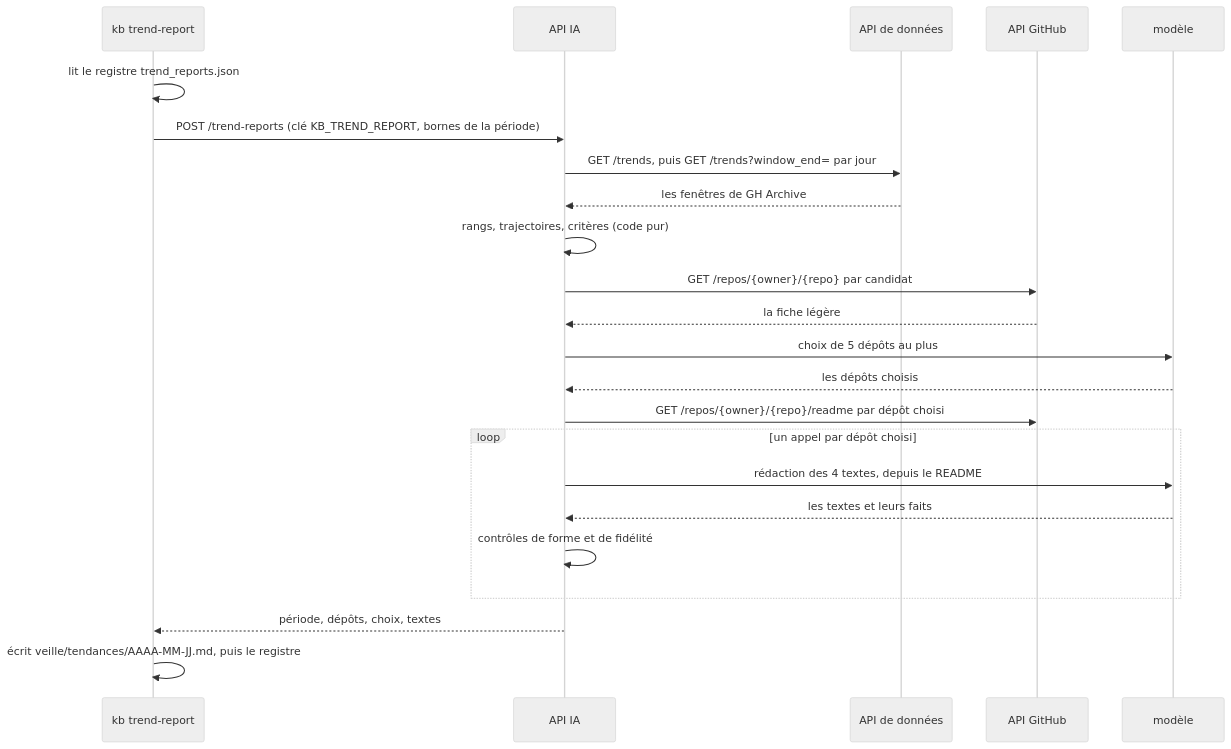
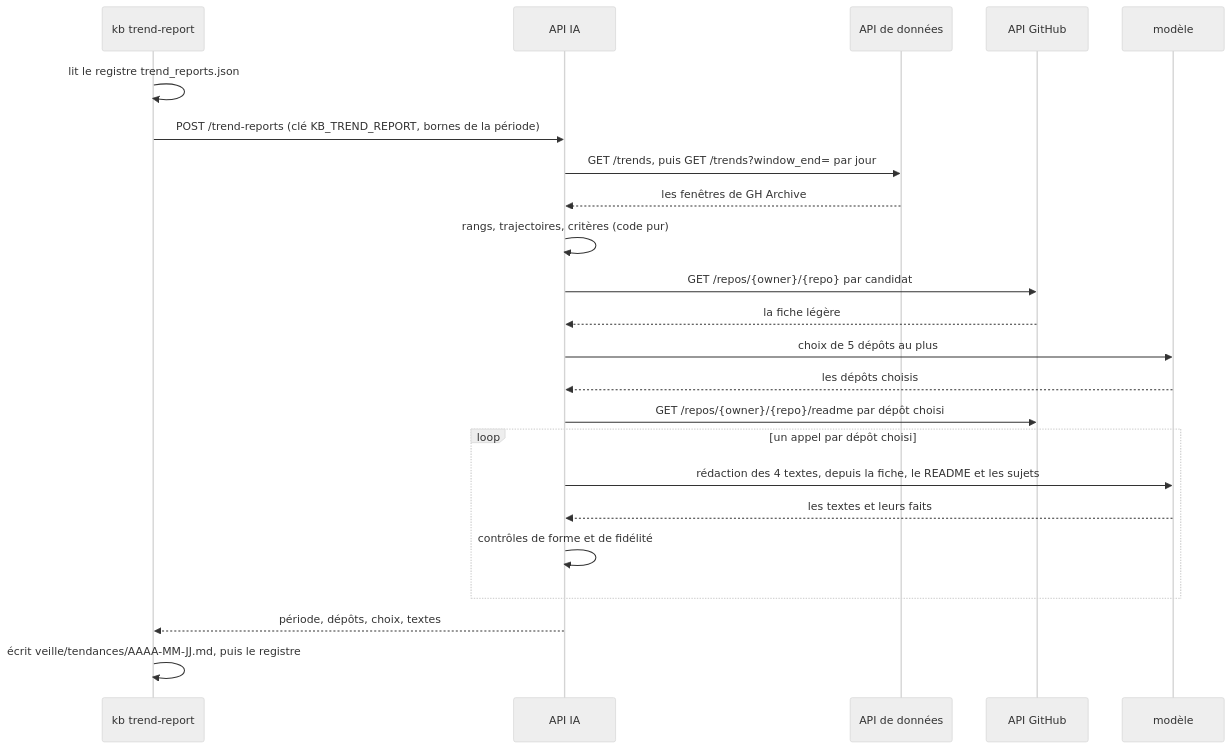
Before and after one commit to SabineLaurent/K-B: the third of 4 diagrams in docs/architecture-api-ia.md, drawn with Mermaid (neutral theme). The commit also changed other lines of this file and 2 other files, not shown here.

First line of the commit message:
docs: settle the review of the architecture of the AI API (issue 279)

````diff
--- a/docs/architecture-api-ia.md
+++ b/docs/architecture-api-ia.md
@@ -94,25 +98,25 @@
 ```mermaid
 sequenceDiagram
     participant K as kb trend-report
     participant A as API IA
     participant D as API de données
     participant G as API GitHub
     participant M as modèle
     K->>K: lit le registre trend_reports.json
     K->>A: POST /trend-reports (clé KB_TREND_REPORT, bornes de la période)
     A->>D: GET /trends, puis GET /trends?window_end= par jour
     D-->>A: les fenêtres de GH Archive
     A->>A: rangs, trajectoires, critères (code pur)
     A->>G: GET /repos/{owner}/{repo} par candidat
     G-->>A: la fiche légère
     A->>M: choix de 5 dépôts au plus
     M-->>A: les dépôts choisis
     A->>G: GET /repos/{owner}/{repo}/readme par dépôt choisi
     loop un appel par dépôt choisi
-        A->>M: rédaction des 4 textes, depuis le README
+        A->>M: rédaction des 4 textes, depuis la fiche, le README et les sujets
         M-->>A: les textes et leurs faits
         A->>A: contrôles de forme et de fidélité
     end
     A-->>K: période, dépôts, choix, textes
     K->>K: écrit veille/tendances/AAAA-MM-JJ.md, puis le registre
 ```
````
